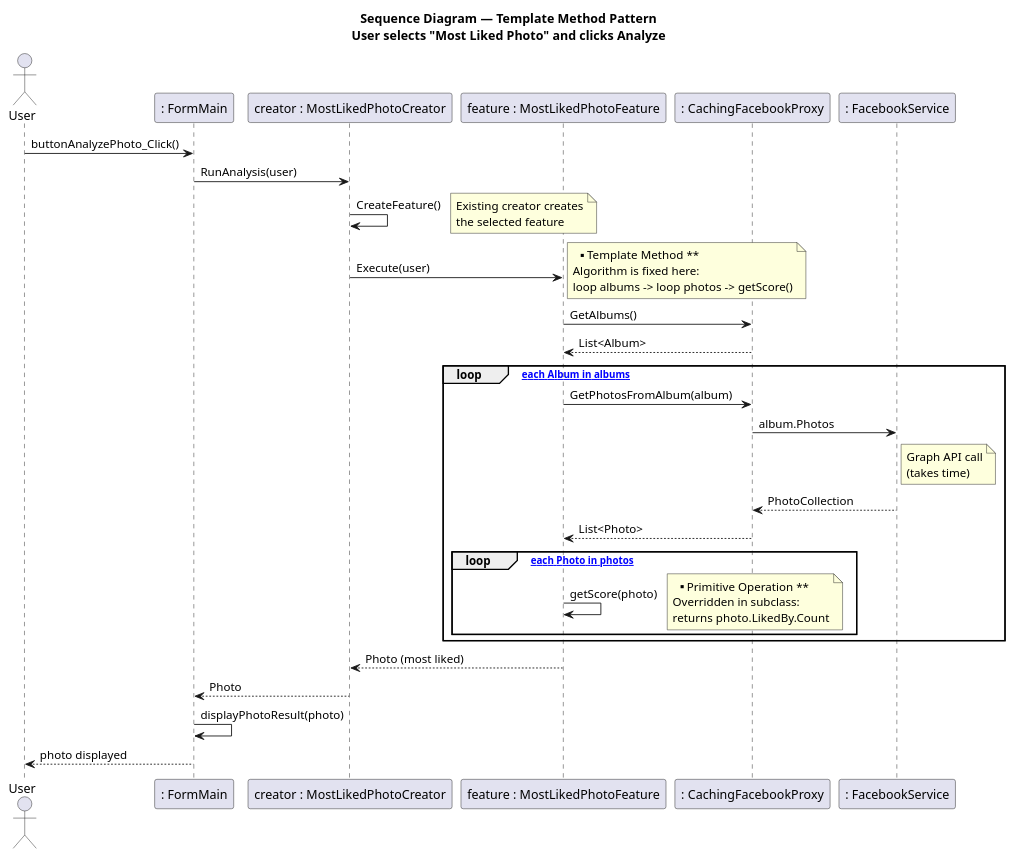
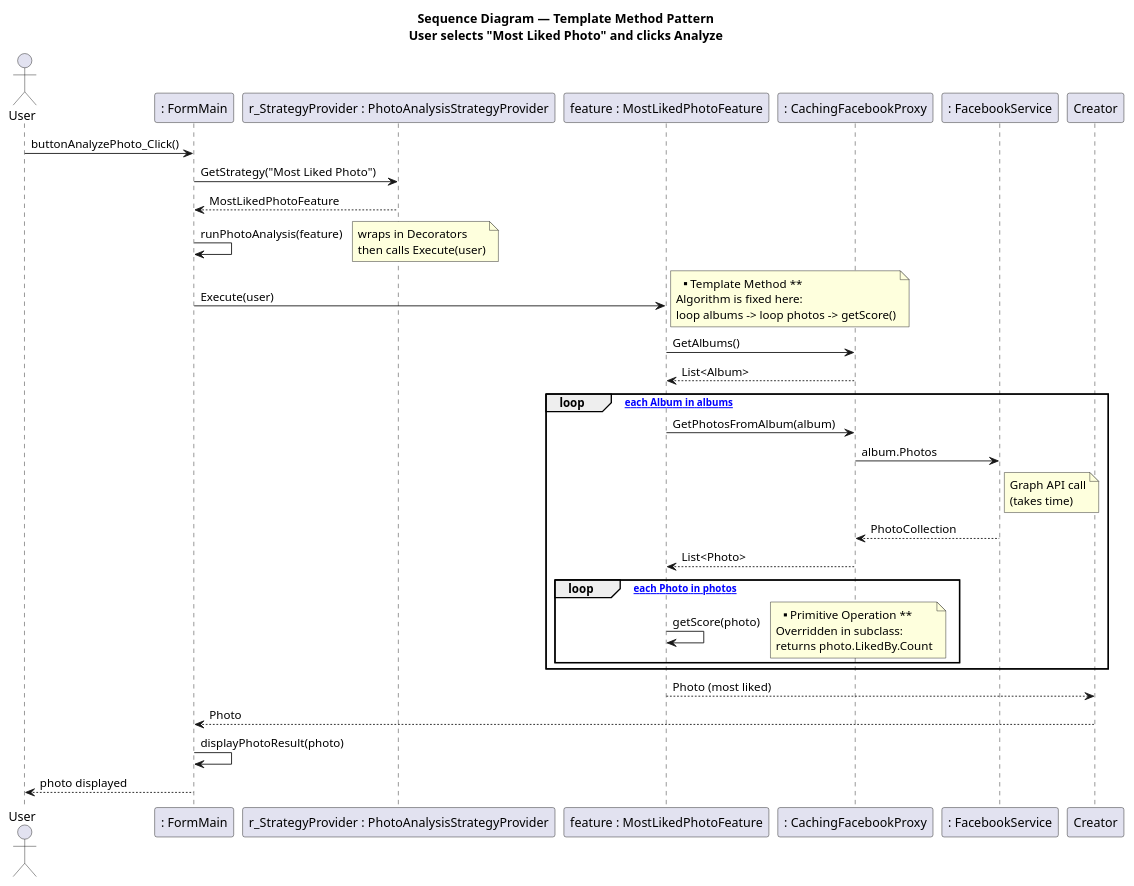
The diagram in Project3/B26 Ex03 LotemKimchi 318173481 ShaniSalomon 208573683 NEW/uml/TemplateMethod_SequenceDiagram.puml (LotemKimchi/Application-Programming-Using-Design-Patterns), drawn with PlantUML before and after one commit. The commit also changed 12 other files, not shown here.

```diff
--- a/Project3/B26 Ex03 LotemKimchi 318173481 ShaniSalomon 208573683 NEW/uml/TemplateMethod_SequenceDiagram.puml
+++ b/Project3/B26 Ex03 LotemKimchi 318173481 ShaniSalomon 208573683 NEW/uml/TemplateMethod_SequenceDiagram.puml
@@ -1,52 +1,50 @@
 @startuml
 title Sequence Diagram — Template Method Pattern\nUser selects "Most Liked Photo" and clicks Analyze
 
 actor User
 participant ": FormMain" as Form
-participant "creator : MostLikedPhotoCreator" as Creator
+participant "r_StrategyProvider : PhotoAnalysisStrategyProvider" as Provider
 participant "feature : MostLikedPhotoFeature" as Feature
 participant ": CachingFacebookProxy" as Proxy
 participant ": FacebookService" as FB
 
 User -> Form : buttonAnalyzePhoto_Click()
-Form -> Creator : RunAnalysis(user)
+Form -> Provider : GetStrategy("Most Liked Photo")
+Provider --> Form : MostLikedPhotoFeature
 
-Creator -> Creator : CreateFeature()
-note right
-  Existing creator creates
-  the selected feature
-end note
+Form -> Form : runPhotoAnalysis(feature)
+note right : wraps in Decorators\nthen calls Execute(user)
 
-Creator -> Feature : Execute(user)
+Form -> Feature : Execute(user)
 note right
   ** Template Method **
   Algorithm is fixed here:
   loop albums -> loop photos -> getScore()
 end note
 
 Feature -> Proxy : GetAlbums()
 Proxy --> Feature : List<Album>
 
 loop [for each Album in albums]
     Feature -> Proxy : GetPhotosFromAlbum(album)
     Proxy -> FB : album.Photos
     note right of FB : Graph API call\n(takes time)
     FB --> Proxy : PhotoCollection
     Proxy --> Feature : List<Photo>
 
     loop [for each Photo in photos]
         Feature -> Feature : getScore(photo)
         note right
           ** Primitive Operation **
           Overridden in subclass:
           returns photo.LikedBy.Count
         end note
     end
 end
 
 Feature --> Creator : Photo (most liked)
 Creator --> Form : Photo
 Form -> Form : displayPhotoResult(photo)
 Form --> User : photo displayed
 
 @enduml
```
